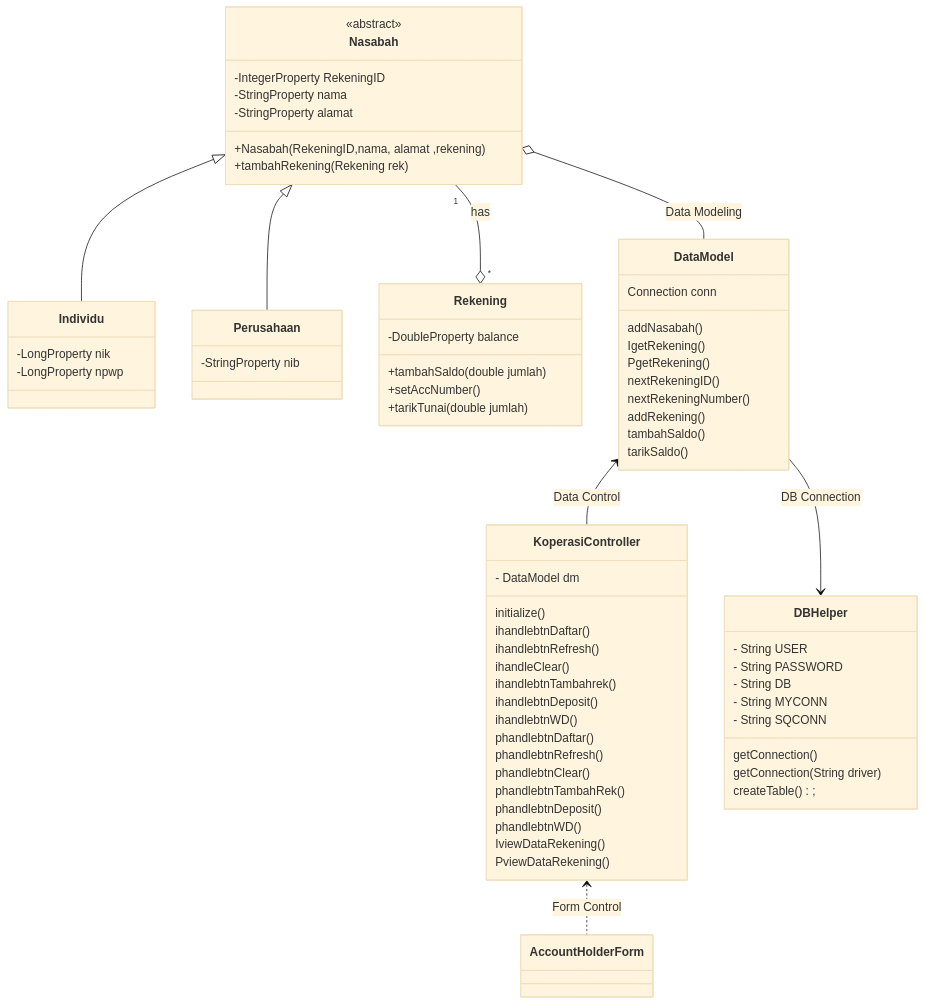
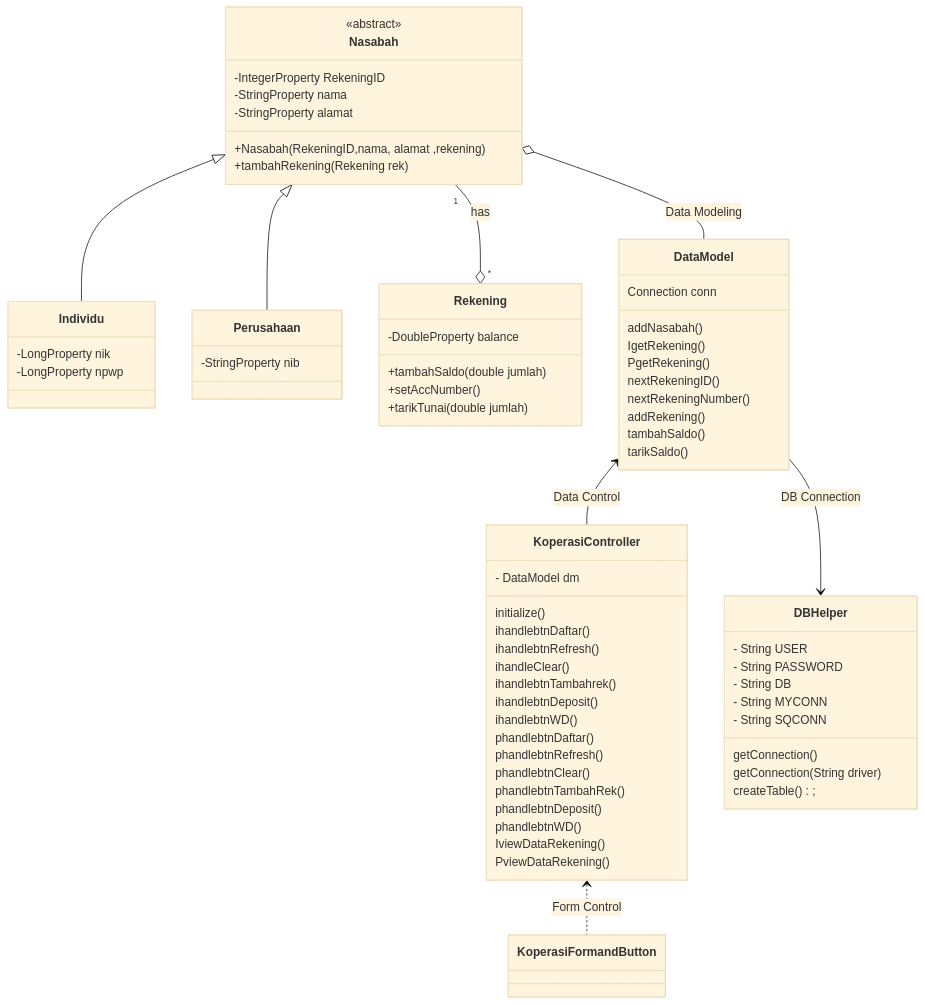
One commit to yogiandaru98/KoperasiSimpanPinjam changed the second of 2 diagrams in README.md. Above: the diagram before and after it, drawn with Mermaid (base theme).

````diff
--- a/README.md
+++ b/README.md
@@ -66,78 +66,78 @@
 ```mermaid
 classDiagram
     Nasabah <|-- Individu
     Nasabah <|-- Perusahaan
     Nasabah "1"--o"*" Rekening : has
     Nasabah o-- DataModel : Data Modeling
     DataModel <-- KoperasiController : Data Control
     DataModel --> DBHelper : DB Connection
-    KoperasiController <.. AccountHolderForm : Form Control      
+    KoperasiController <.. KoperasiFormandButton : Form Control      
 
     class Nasabah{
       <<abstract>>
       -IntegerProperty RekeningID
       -StringProperty nama
       -StringProperty alamat
         +Nasabah(RekeningID,nama, alamat ,rekening)
         +tambahRekening(Rekening rek)
     }
     
     class Individu{
       -LongProperty nik
       -LongProperty npwp
 
     }
     class Perusahaan{
       -StringProperty nib
     }
     class Rekening{
       -DoubleProperty balance
       +tambahSaldo(double jumlah)
       +setAccNumber()
       +tarikTunai(double jumlah)
 
     }
 
     class DataModel{
         Connection conn
         addNasabah()
 	IgetRekening()
 	PgetRekening()
 	nextRekeningID()
 	nextRekeningNumber()
 	addRekening()
 	tambahSaldo()
 	tarikSaldo()
     }
 
     class KoperasiController{
         - DataModel dm
         initialize()
         ihandlebtnDaftar()
 	ihandlebtnRefresh()
 	ihandleClear()
 	ihandlebtnTambahrek()
 	ihandlebtnDeposit()
 	ihandlebtnWD()
 	phandlebtnDaftar()
 	phandlebtnRefresh()
 	phandlebtnClear()	
 	phandlebtnTambahRek()	
 	phandlebtnDeposit()
 	phandlebtnWD()
 	IviewDataRekening()
 	PviewDataRekening()
     }
     class DBHelper{
         - String USER
         - String PASSWORD
         - String DB
 	- String MYCONN
 	- String SQCONN
 
         getConnection()
         getConnection(String driver)
         createTable();
     }
             
 ```
````
